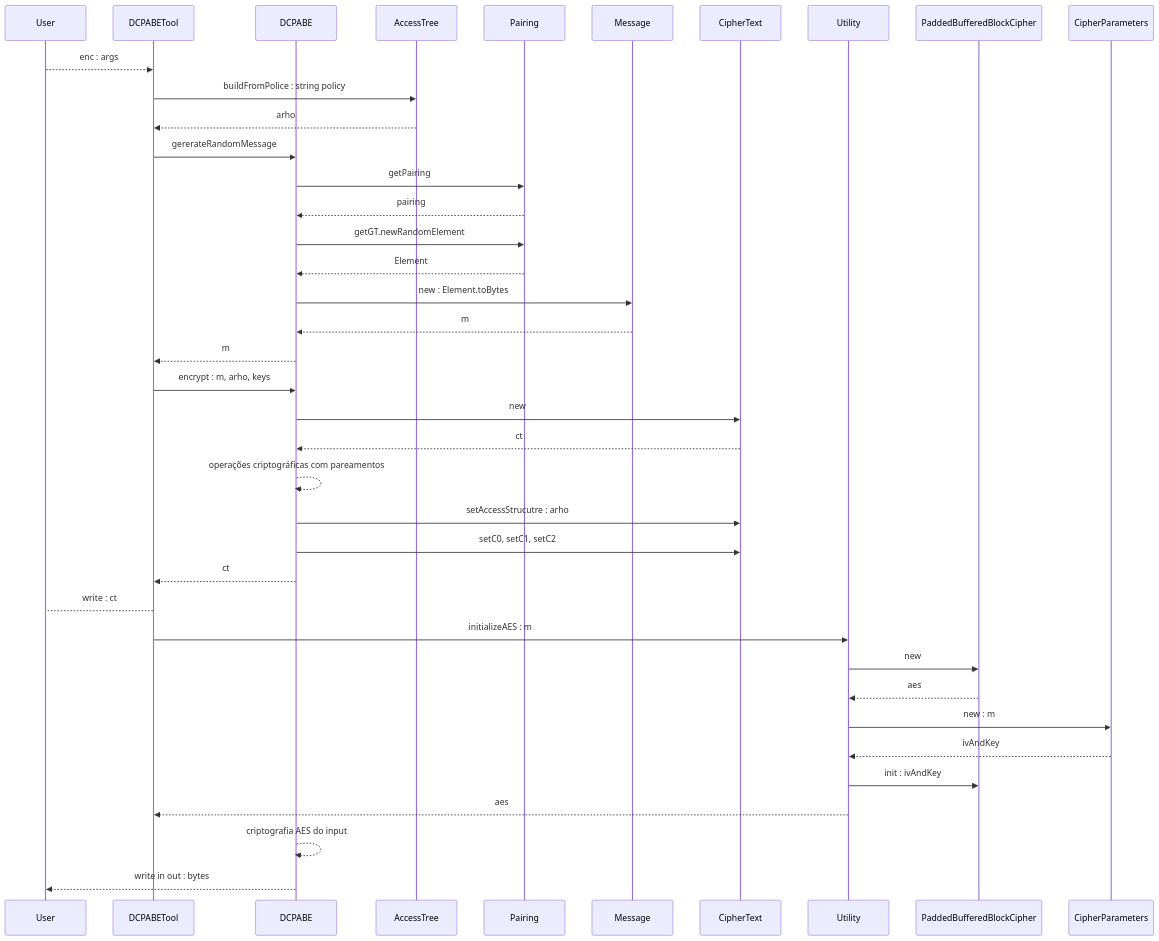
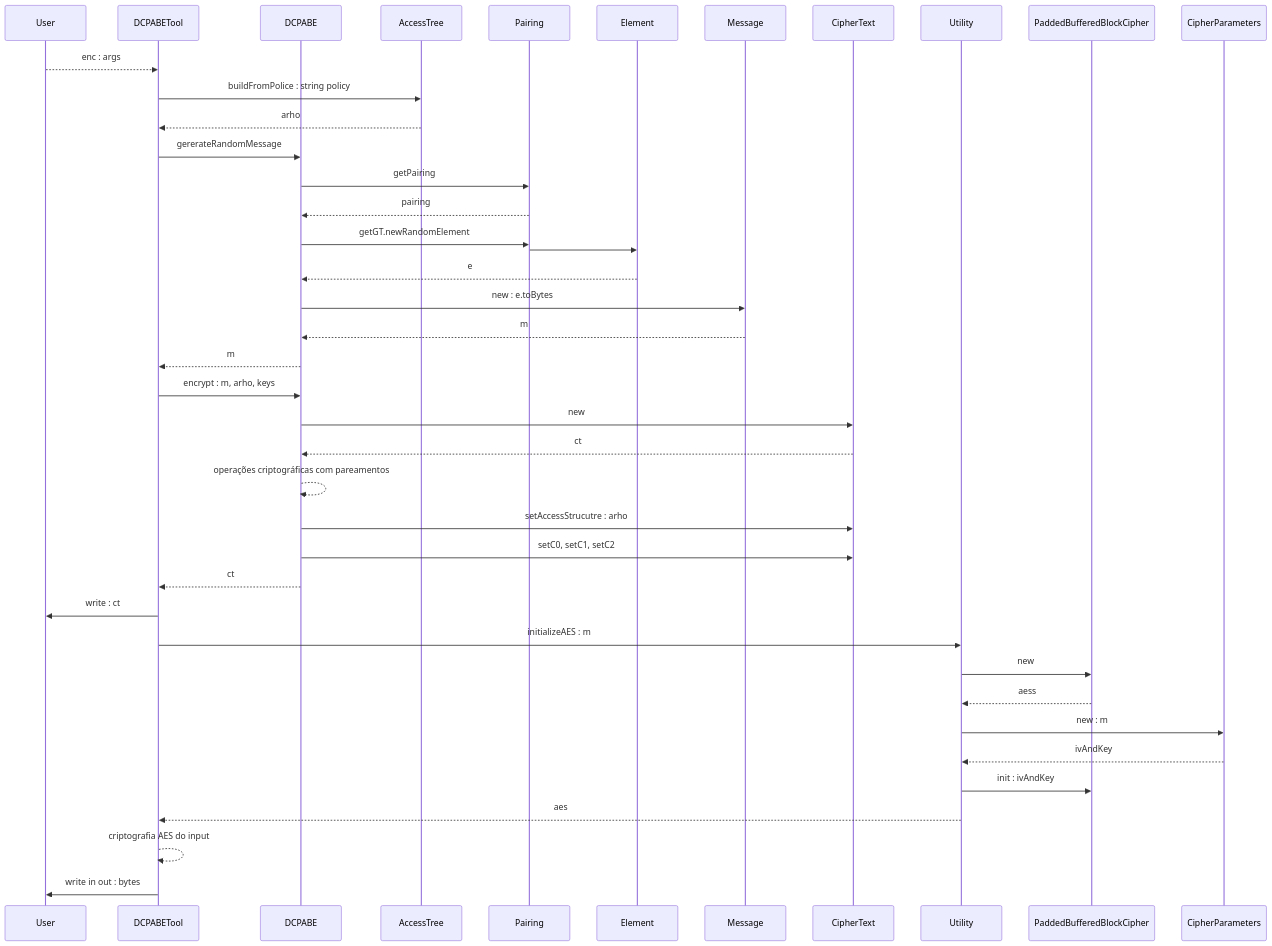
The diagram in sistemas/diagramas/stefano81-dcpabe.DCPABETool.encrypt.mmd (br-fedaykin/PGC), drawn with Mermaid before and after one commit. The commit also changed 4 other files, not shown here.

Commit message:
added sequence diagrams about DCPABETool functions

```diff
--- a/sistemas/diagramas/stefano81-dcpabe.DCPABETool.encrypt.mmd
+++ b/sistemas/diagramas/stefano81-dcpabe.DCPABETool.encrypt.mmd
@@ -1,39 +1,43 @@
 sequenceDiagram
+
     participant User
     participant DT as DCPABETool
     participant D as DCPABE
     participant A as AccessTree
     participant P as Pairing
+    participant E as Element
     participant M as Message
     participant C as CipherText
     participant U as Utility
     participant PBBC as PaddedBufferedBlockCipher
     participant CP as CipherParameters
+
     User -->> DT: enc : args
     DT->>A: buildFromPolice : string policy
     A-->>DT: arho
     DT ->> D: gererateRandomMessage
     D ->> P: getPairing
     P -->> D: pairing
     D ->> P : getGT.newRandomElement
-    P -->> D: Element
-    D ->> M: new : Element.toBytes
+    P ->> E: 
+    E -->> D: e
+    D ->> M: new : e.toBytes    
     M -->> D: m
     D -->> DT: m
     DT ->> D: encrypt : m, arho, keys
     D ->> C: new
     C -->> D: ct
     D -->>D: operações criptográficas com pareamentos
     D ->> C: setAccessStrucutre : arho
     D ->> C: setC0, setC1, setC2
     D -->> DT: ct
-    DT --> User: write : ct
+    DT ->> User: write : ct
     DT ->> U: initializeAES : m
     U ->> PBBC: new
-    PBBC -->> U:  aes
+    PBBC -->> U:  aess
     U ->> CP:  new : m
     CP -->> U: ivAndKey
     U ->> PBBC: init : ivAndKey
     U -->> DT: aes
-    D -->>D: criptografia AES do input
-    D -->> User: write in out : bytes
+    DT -->>DT: criptografia AES do input
+    DT ->> User: write in out : bytes
```
